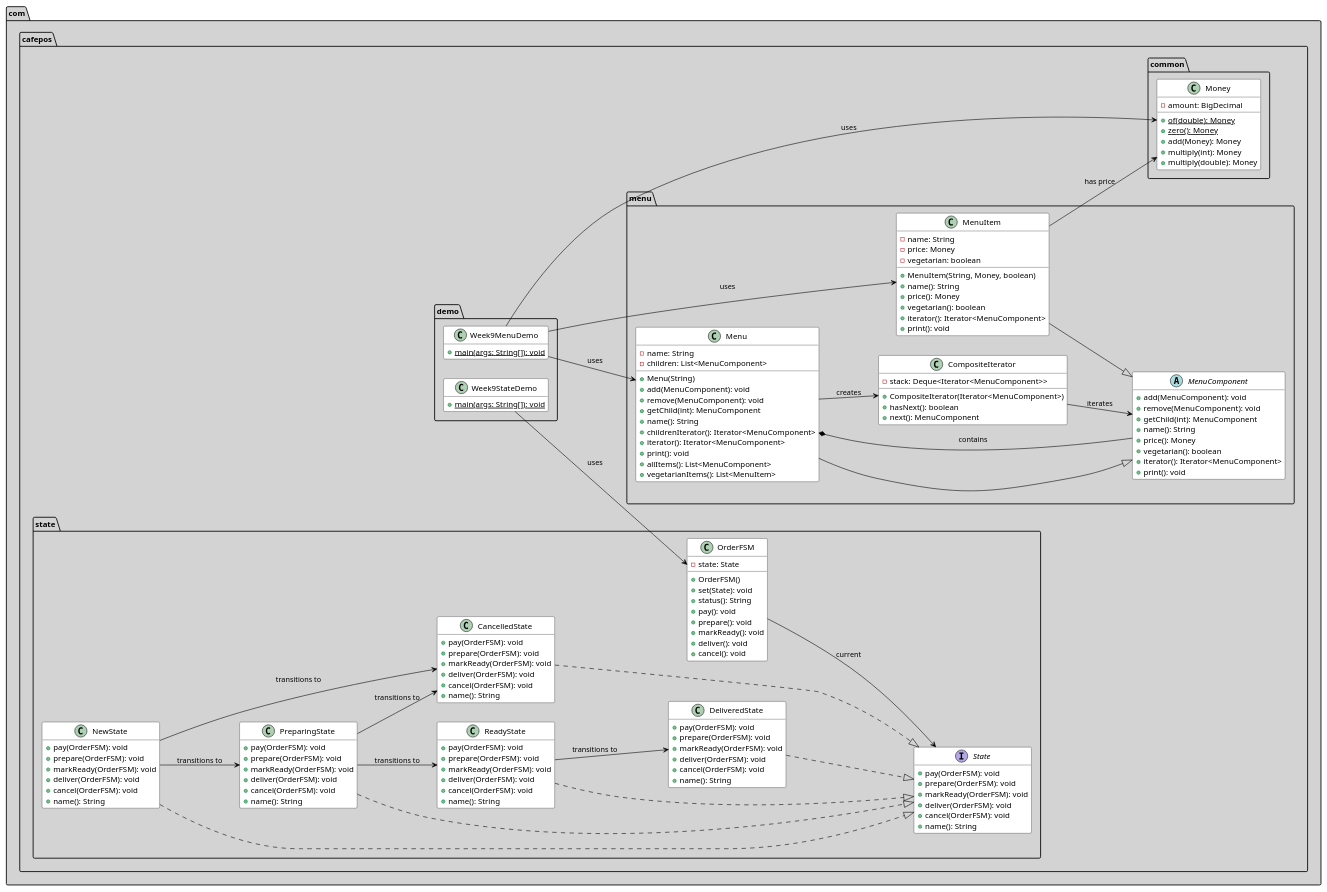
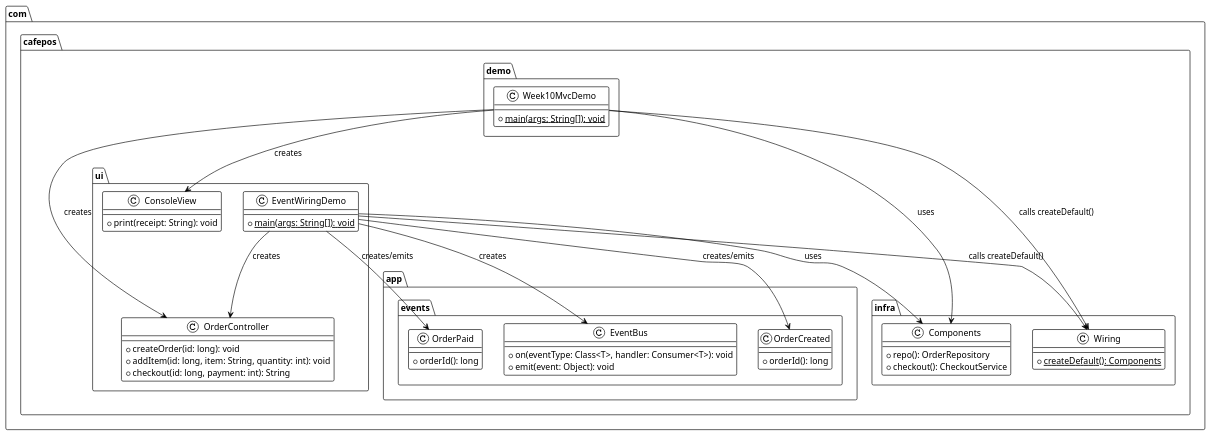
One commit to niallroche803/CS4928-Project changed the diagram in cafe-pos-uml.puml. Above: the diagram before and after it, drawn with PlantUML.

Commit message:
Week 10 UML

```diff
--- a/cafe-pos-uml.puml
+++ b/cafe-pos-uml.puml
@@ -1,183 +1,64 @@
-@startuml Week9 UML
-skinparam pageMargin 10
-skinparam pageWidth 1200
-skinparam pageHeight 800
-scale 0.9
-left to right direction
-skinparam class {
-    BackgroundColor White
-    BorderColor Black
-    ArrowColor Black
-}
-skinparam package {
-    BackgroundColor LightGray
-    BorderColor Black
-}
-hide empty members
-
-package "com.cafepos.common" {
-    class Money {
-        - amount: BigDecimal
-        + {static} of(double): Money
-        + {static} zero(): Money
-        + add(Money): Money
-        + multiply(int): Money
-        + multiply(double): Money
-    }
-}
+@startuml Demo Classes UML
+!theme plain
 
 package "com.cafepos.demo" {
-    class Week9MenuDemo {
-        + {static} main(args: String[]): void
-    }
-    
-    class Week9StateDemo {
+    class Week10MvcDemo {
         + {static} main(args: String[]): void
     }
 }
 
-package "com.cafepos.menu" {
-    abstract class MenuComponent {
-        + add(MenuComponent): void
-        + remove(MenuComponent): void
-        + getChild(int): MenuComponent
-        + name(): String
-        + price(): Money
-        + vegetarian(): boolean
-        + iterator(): Iterator<MenuComponent>
-        + print(): void
+package "com.cafepos.ui" {
+    class EventWiringDemo {
+        + {static} main(args: String[]): void
     }
     
-    class Menu {
-        - name: String
-        - children: List<MenuComponent>
-        + Menu(String)
-        + add(MenuComponent): void
-        + remove(MenuComponent): void
-        + getChild(int): MenuComponent
-        + name(): String
-        + childrenIterator(): Iterator<MenuComponent>
-        + iterator(): Iterator<MenuComponent>
-        + print(): void
-        + allItems(): List<MenuComponent>
-        + vegetarianItems(): List<MenuItem>
+    class OrderController {
+        + createOrder(id: long): void
+        + addItem(id: long, item: String, quantity: int): void
+        + checkout(id: long, payment: int): String
     }
     
-    class MenuItem {
-        - name: String
-        - price: Money
-        - vegetarian: boolean
-        + MenuItem(String, Money, boolean)
-        + name(): String
-        + price(): Money
-        + vegetarian(): boolean
-        + iterator(): Iterator<MenuComponent>
-        + print(): void
-    }
-    
-    class CompositeIterator {
-        - stack: Deque<Iterator<MenuComponent>>
-        + CompositeIterator(Iterator<MenuComponent>)
-        + hasNext(): boolean
-        + next(): MenuComponent
+    class ConsoleView {
+        + print(receipt: String): void
     }
 }
 
-package "com.cafepos.state" {
-    interface State {
-        + pay(OrderFSM): void
-        + prepare(OrderFSM): void
-        + markReady(OrderFSM): void
-        + deliver(OrderFSM): void
-        + cancel(OrderFSM): void
-        + name(): String
+package "com.cafepos.app.events" {
+    class EventBus {
+        + on(eventType: Class<T>, handler: Consumer<T>): void
+        + emit(event: Object): void
     }
     
-    class OrderFSM {
-        - state: State
-        + OrderFSM()
-        + set(State): void
-        + status(): String
-        + pay(): void
-        + prepare(): void
-        + markReady(): void
-        + deliver(): void
-        + cancel(): void
+    class OrderCreated {
+        + orderId(): long
     }
     
-    class NewState {
-        + pay(OrderFSM): void
-        + prepare(OrderFSM): void
-        + markReady(OrderFSM): void
-        + deliver(OrderFSM): void
-        + cancel(OrderFSM): void
-        + name(): String
-    }
-    
-    class PreparingState {
-        + pay(OrderFSM): void
-        + prepare(OrderFSM): void
-        + markReady(OrderFSM): void
-        + deliver(OrderFSM): void
-        + cancel(OrderFSM): void
-        + name(): String
-    }
-    
-    class ReadyState {
-        + pay(OrderFSM): void
-        + prepare(OrderFSM): void
-        + markReady(OrderFSM): void
-        + deliver(OrderFSM): void
-        + cancel(OrderFSM): void
-        + name(): String
-    }
-    
-    class DeliveredState {
-        + pay(OrderFSM): void
-        + prepare(OrderFSM): void
-        + markReady(OrderFSM): void
-        + deliver(OrderFSM): void
-        + cancel(OrderFSM): void
-        + name(): String
-    }
-    
-    class CancelledState {
-        + pay(OrderFSM): void
-        + prepare(OrderFSM): void
-        + markReady(OrderFSM): void
-        + deliver(OrderFSM): void
-        + cancel(OrderFSM): void
-        + name(): String
+    class OrderPaid {
+        + orderId(): long
     }
 }
 
+package "com.cafepos.infra" {
+    class Wiring {
+        + {static} createDefault(): Components
+    }
+    
+    class Components {
+        + repo(): OrderRepository
+        + checkout(): CheckoutService
+    }
+}
 
+Week10MvcDemo --> OrderController : creates
+Week10MvcDemo --> ConsoleView : creates
+Week10MvcDemo --> Wiring : calls createDefault()
+Week10MvcDemo --> Components : uses
 
-' Composite Pattern Relationships
-Menu --|> MenuComponent
-MenuItem --|> MenuComponent
-Menu *-- MenuComponent : contains
-Menu --> CompositeIterator : creates
-CompositeIterator --> MenuComponent : iterates
-MenuItem --> Money : has price
-
-' State Pattern Relationships
-OrderFSM --> State : current
-NewState ..|> State
-PreparingState ..|> State
-ReadyState ..|> State
-DeliveredState ..|> State
-CancelledState ..|> State
-NewState --> PreparingState : transitions to
-PreparingState --> ReadyState : transitions to
-ReadyState --> DeliveredState : transitions to
-NewState --> CancelledState : transitions to
-PreparingState --> CancelledState : transitions to
-
-' Demo Dependencies
-Week9MenuDemo --> Menu : uses
-Week9MenuDemo --> MenuItem : uses
-Week9MenuDemo --> Money : uses
-Week9StateDemo --> OrderFSM : uses
+EventWiringDemo --> EventBus : creates
+EventWiringDemo --> OrderController : creates
+EventWiringDemo --> Wiring : calls createDefault()
+EventWiringDemo --> Components : uses
+EventWiringDemo --> OrderCreated : creates/emits
+EventWiringDemo --> OrderPaid : creates/emits
 
 @enduml
```
